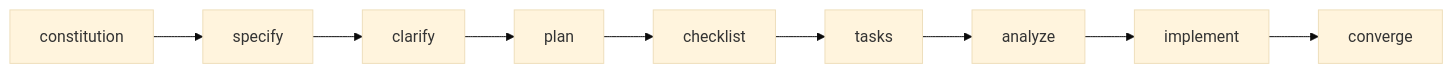
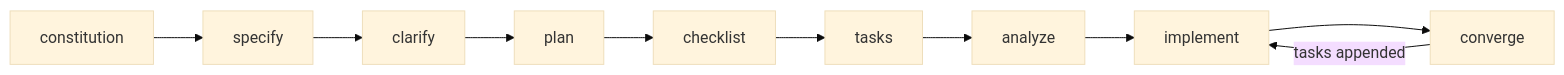
The diagram in docs/modules/module-2.md (smartdev93/AI-Native-Software-Engineering-amp-SDLC-Course), drawn with Mermaid (base theme) before and after one commit. The commit also changed other lines of this file and 17 other files, not shown here.

````diff
--- a/docs/modules/module-2.md
+++ b/docs/modules/module-2.md
@@ -12,4 +63,5 @@
 ```mermaid
 flowchart LR
   constitution --> specify --> clarify --> plan --> checklist --> tasks --> analyze --> implement --> converge
+  converge -- "tasks appended" --> implement
 ```
````
